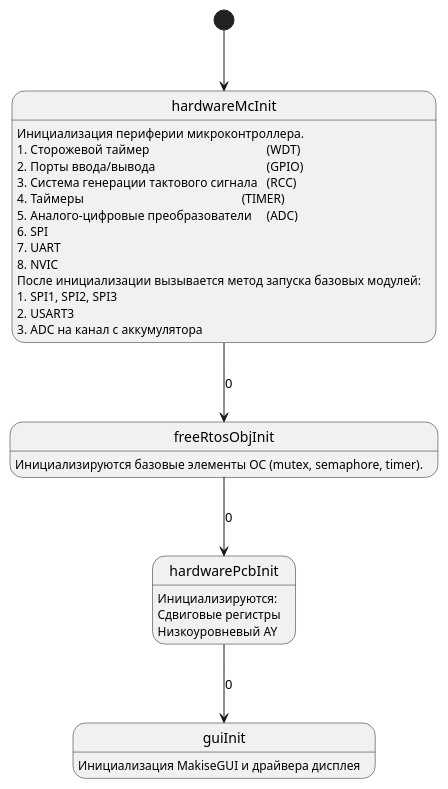
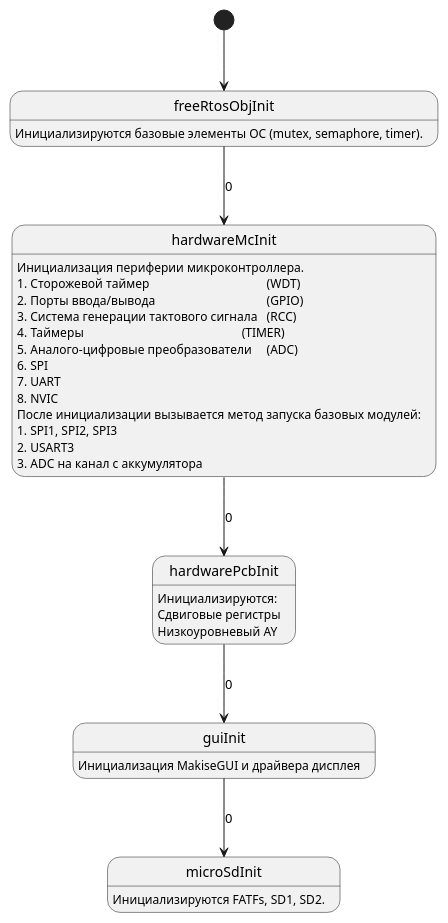
The diagram in user_code/fsm/tree/ayplayer_init_fsm.pu (Vadimatorik/ChiptunePlayer-2.22), drawn with PlantUML before and after one commit. The commit also changed 15 other files, not shown here.

```diff
--- a/user_code/fsm/tree/ayplayer_init_fsm.pu
+++ b/user_code/fsm/tree/ayplayer_init_fsm.pu
@@ -4,41 +4,47 @@
 @startuml
 
-[*] --> start
+[*] --> s0
 
-state "hardwareMcInit" as start {
-start:Инициализация периферии микроконтроллера.
-start:1. Сторожевой таймер\t\t\t\t\t(WDT)
-start:2. Порты ввода/вывода\t\t\t\t\t(GPIO)
-start:3. Система генерации тактового сигнала\t(RCC)
-start:4. Таймеры\t\t\t\t\t\t\t(TIMER)
-start:5. Аналого-цифровые преобразователи\t(ADC)
-start:6. SPI
-start:7. UART
-start:8. NVIC
-start:После инициализации вызывается метод запуска базовых модулей:
-start:1. SPI1, SPI2, SPI3
-start:2. USART3
-start:3. ADC на канал с аккумулятора
+state "freeRtosObjInit" as s0 {
+s0:Инициализируются базовые элементы ОС (mutex, semaphore, timer).
 }
 
-start --> s1							: 0
+s0 --> s1								: 0
 
-state "freeRtosObjInit" as s1 {
-s1:Инициализируются базовые элементы ОС (mutex, semaphore, timer).
+state "hardwareMcInit" as s1 {
+s1: Инициализация периферии микроконтроллера.
+s1:1. Сторожевой таймер\t\t\t\t\t(WDT)
+s1:2. Порты ввода/вывода\t\t\t\t\t(GPIO)
+s1:3. Система генерации тактового сигнала\t(RCC)
+s1:4. Таймеры\t\t\t\t\t\t\t(TIMER)
+s1:5. Аналого-цифровые преобразователи\t(ADC)
+s1:6. SPI
+s1:7. UART
+s1:8. NVIC
+s1:После инициализации вызывается метод запуска базовых модулей:
+s1:1. SPI1, SPI2, SPI3
+s1:2. USART3
+s1:3. ADC на канал с аккумулятора
 }
 
 s1 --> s2								: 0
 
 state "hardwarePcbInit" as s2 {
 s2:Инициализируются:
 s2:Сдвиговые регистры
 s2:Низкоуровневый AY
 }
 
 s2 --> s3								: 0
 
 state "guiInit" as s3 {
 s3:Инициализация MakiseGUI и драйвера дисплея
 }
 
+s3 --> s4								: 0
+
+state "microSdInit" as s4 {
+s4:Инициализируются FATFs, SD1, SD2.
+}
+
 @enduml
```
